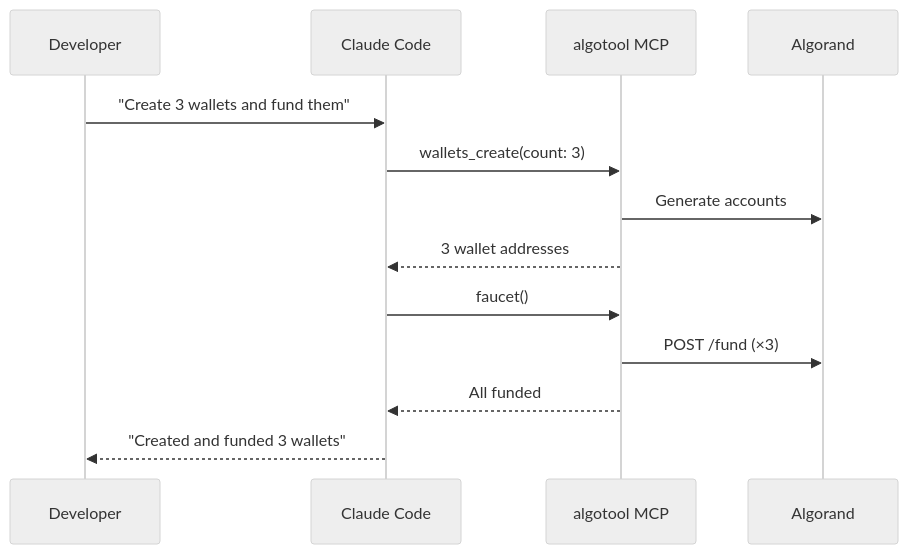
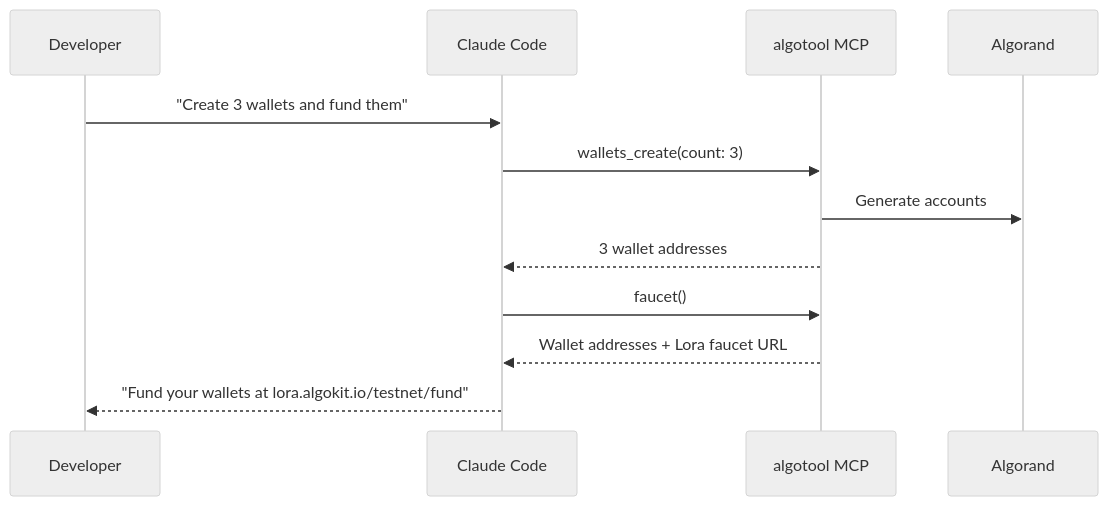
Before and after one commit to mitchhall16/algotool: the second of 2 diagrams in README.md, drawn with Mermaid (neutral theme). The commit also changed other lines of this file and 3 other files, not shown here.

First line of the commit message:
Remove dead faucet API, use Lora manual faucet instead

````diff
--- a/README.md
+++ b/README.md
@@ -141,16 +141,15 @@
 ```mermaid
 sequenceDiagram
     participant U as Developer
     participant C as Claude Code
     participant M as algotool MCP
     participant A as Algorand
 
     U->>C: "Create 3 wallets and fund them"
     C->>M: wallets_create(count: 3)
     M->>A: Generate accounts
     M-->>C: 3 wallet addresses
     C->>M: faucet()
-    M->>A: POST /fund (×3)
-    M-->>C: All funded
-    C-->>U: "Created and funded 3 wallets"
+    M-->>C: Wallet addresses + Lora faucet URL
+    C-->>U: "Fund your wallets at lora.algokit.io/testnet/fund"
 ```
````
